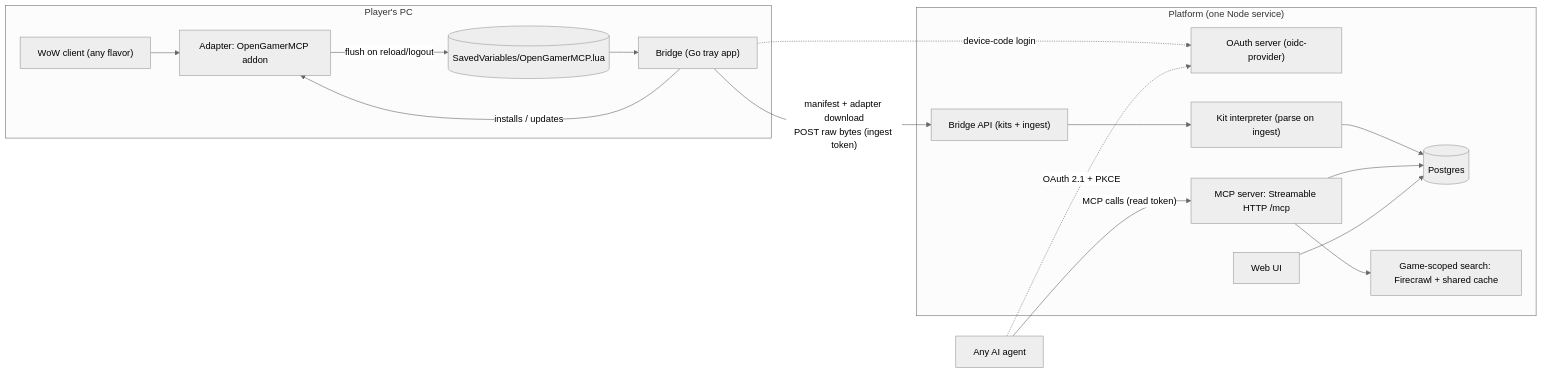
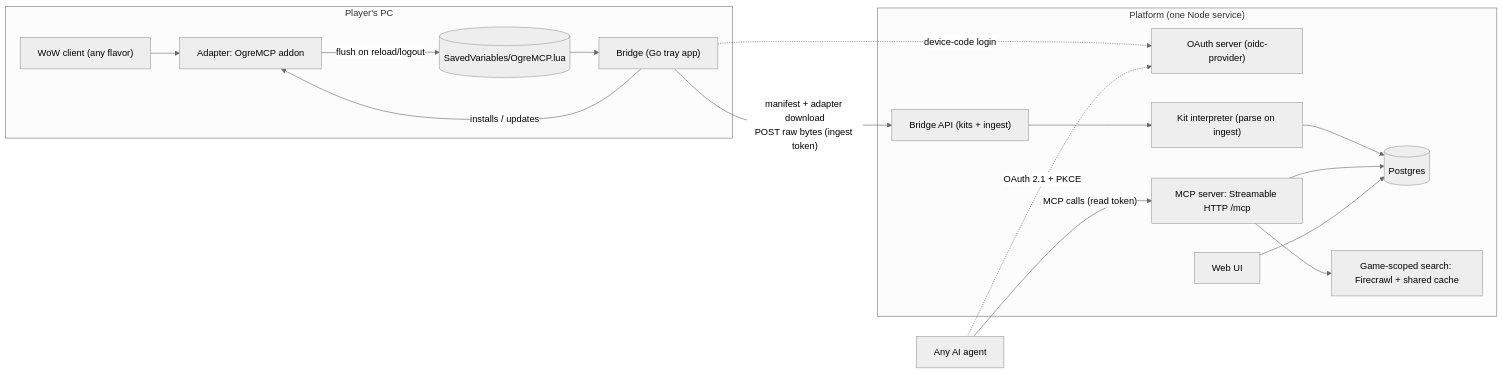
One commit to bttf/ogremcp changed the diagram in docs/architecture.md. Above: the diagram before and after it, drawn with Mermaid (neutral theme). The commit also changed other lines of this file and 158 other files, not shown here.

First line of the commit message:
RED-364: Rename to Ogre MCP (ogremcp) (§5, §19.1 D4)

````diff
--- a/docs/architecture.md
+++ b/docs/architecture.md
@@ -76,21 +76,21 @@
 ```mermaid
 flowchart LR
   subgraph PC["Player's PC"]
-    G["WoW client (any flavor)"] --> A["Adapter: OpenGamerMCP addon"]
-    A -->|"flush on reload/logout"| F[("SavedVariables/OpenGamerMCP.lua")]
+    G["WoW client (any flavor)"] --> A["Adapter: OgreMCP addon"]
+    A -->|"flush on reload/logout"| F[("SavedVariables/OgreMCP.lua")]
     F --> B["Bridge (Go tray app)"]
     B -->|"installs / updates"| A
   end
   subgraph Cloud["Platform (one Node service)"]
     O["OAuth server (oidc-provider)"]
     P["Bridge API (kits + ingest)"] --> I["Kit interpreter (parse on ingest)"]
     I --> DB[("Postgres")]
     M["MCP server: Streamable HTTP /mcp"] --> DB
     M --> S["Game-scoped search: Firecrawl + shared cache"]
     W["Web UI"] --> DB
   end
   B -.->|"device-code login"| O
   B -->|"manifest + adapter download<br/>POST raw bytes (ingest token)"| P
   AG["Any AI agent"] -.->|"OAuth 2.1 + PKCE"| O
   AG -->|"MCP calls (read token)"| M
 ```
````
